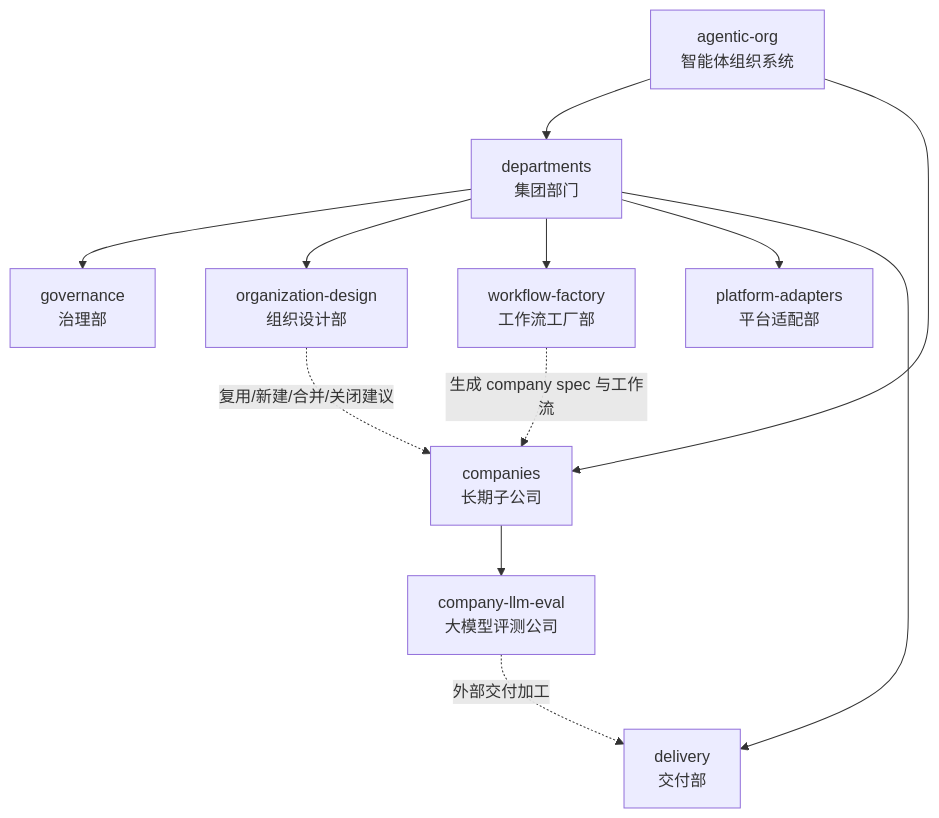
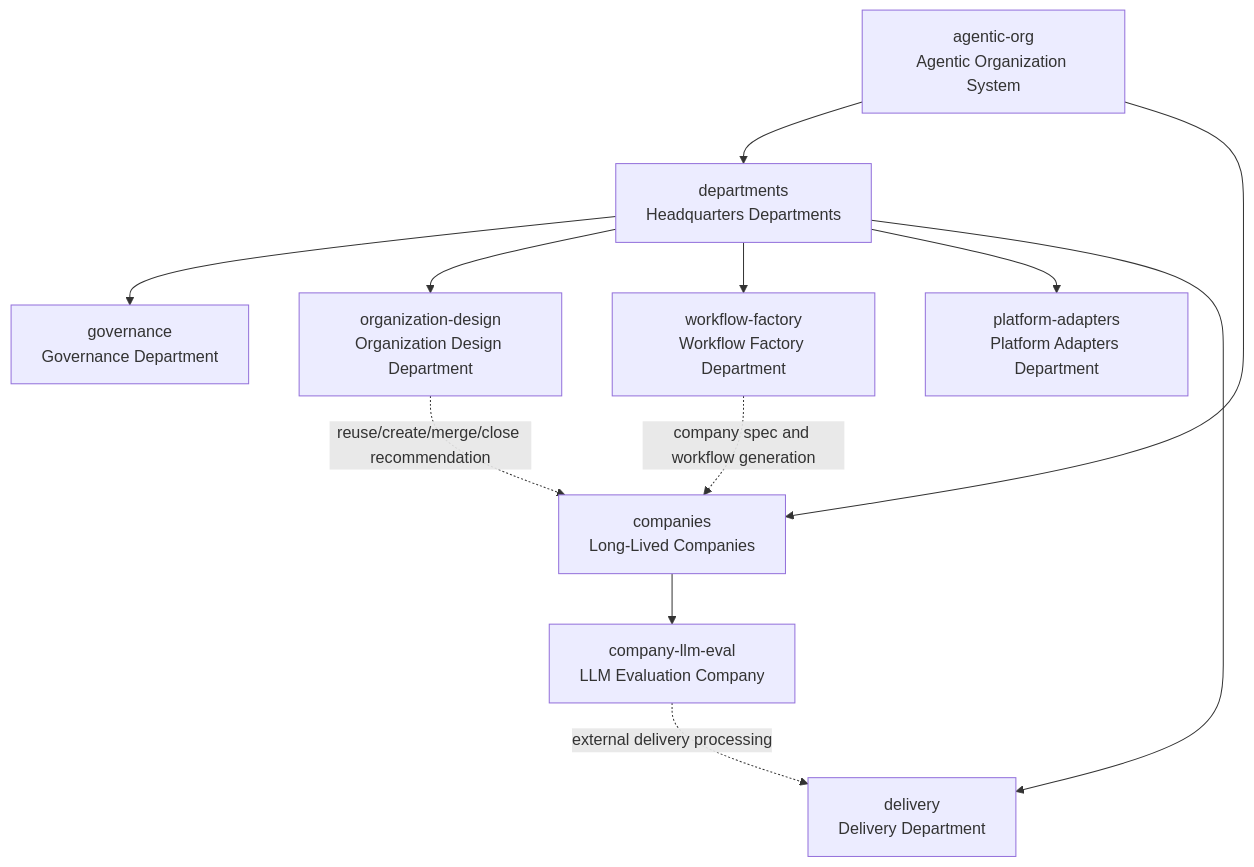
Before and after one commit to liktudy/agentic-org: the diagram in ORG_STRUCTURE.md, drawn with Mermaid. The commit also changed other lines of this file and 72 other files, not shown here.

First line of the commit message:
feat: establish agentic-org headquarters structure

````diff
--- a/ORG_STRUCTURE.md
+++ b/ORG_STRUCTURE.md
@@ -15,26 +13,26 @@
 ```mermaid
 flowchart TB
-  ROOT["agentic-org<br/>智能体组织系统"]
+  ROOT["agentic-org<br/>Agentic Organization System"]
 
-  DEPTS["departments<br/>集团部门"]
-  GOV["governance<br/>治理部"]
-  ORGDESIGN["organization-design<br/>组织设计部"]
-  FACTORY["workflow-factory<br/>工作流工厂部"]
-  PLATFORM["platform-adapters<br/>平台适配部"]
-  DELIVERY["delivery<br/>交付部"]
+  DEPTS["departments<br/>Headquarters Departments"]
+  GOV["governance<br/>Governance Department"]
+  ORGDESIGN["organization-design<br/>Organization Design Department"]
+  FACTORY["workflow-factory<br/>Workflow Factory Department"]
+  PLATFORM["platform-adapters<br/>Platform Adapters Department"]
+  DELIVERY["delivery<br/>Delivery Department"]
 
-  COMPANIES["companies<br/>长期子公司"]
-  LLM["company-llm-eval<br/>大模型评测公司"]
+  COMPANIES["companies<br/>Long-Lived Companies"]
+  LLM["company-llm-eval<br/>LLM Evaluation Company"]
 
   ROOT --> DEPTS
   ROOT --> COMPANIES
   DEPTS --> GOV
   DEPTS --> ORGDESIGN
   DEPTS --> FACTORY
   DEPTS --> PLATFORM
   DEPTS --> DELIVERY
   COMPANIES --> LLM
-  ORGDESIGN -. 复用/新建/合并/关闭建议 .-> COMPANIES
-  FACTORY -. 生成 company spec 与工作流 .-> COMPANIES
-  LLM -. 外部交付加工 .-> DELIVERY
+  ORGDESIGN -. reuse/create/merge/close recommendation .-> COMPANIES
+  FACTORY -. company spec and workflow generation .-> COMPANIES
+  LLM -. external delivery processing .-> DELIVERY
 ```
````
